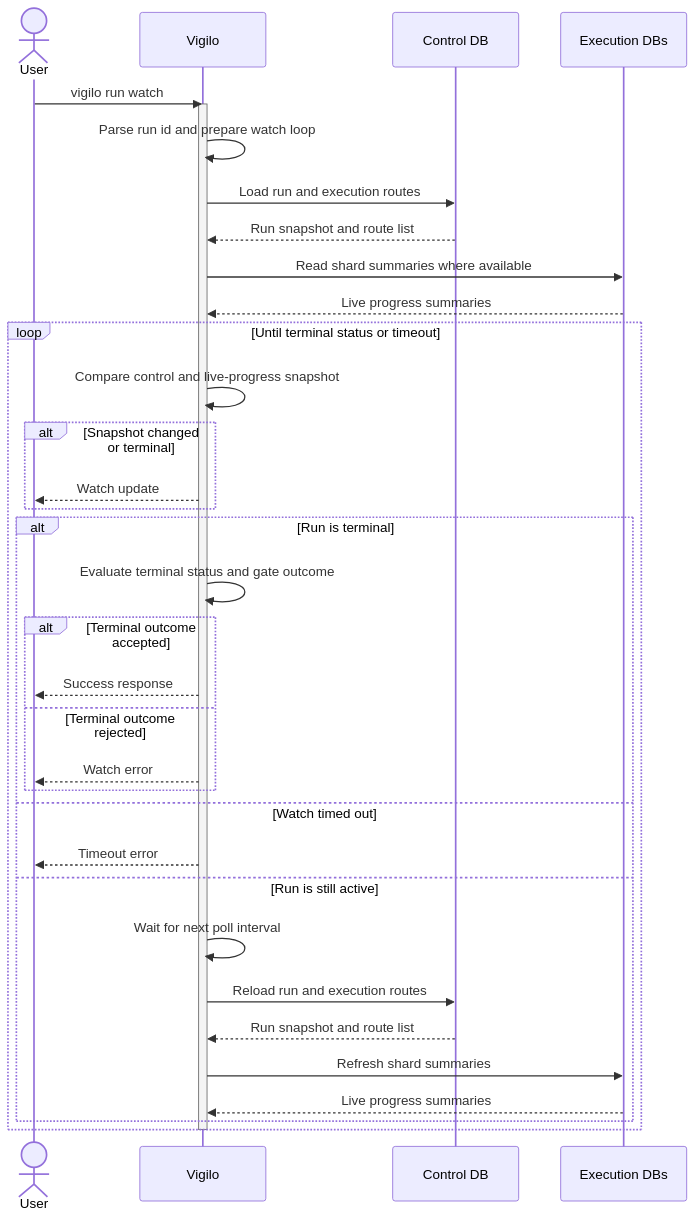
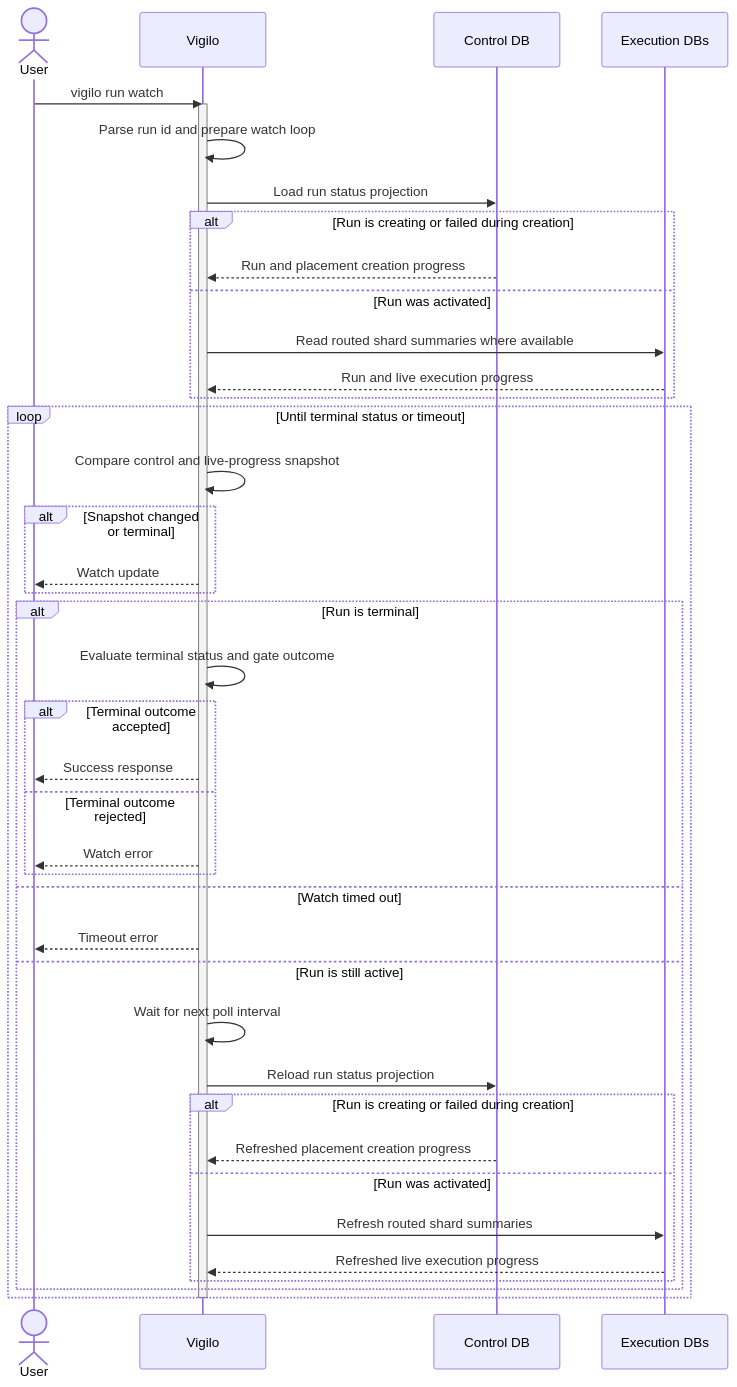
Before and after one commit to gregl83/agent-vigilo: the diagram in web/docs/architecture/flows/run/watch/execution-flow.mmd, drawn with Mermaid. The commit also changed 25 other files, not shown here.

Commit message:
update docs workflows for run creation step

```diff
--- a/web/docs/architecture/flows/run/watch/execution-flow.mmd
+++ b/web/docs/architecture/flows/run/watch/execution-flow.mmd
@@ -1,46 +1,52 @@
 ---
 config:
   flowchart:
     nodeSpacing: 150
     rankSpacing: 80
   themeVariables:
     edgeLabelBackground: 'transparent'
 ---
 sequenceDiagram
     actor User
     participant Vigilo
     participant ControlDB as Control DB
     participant ExecDB as Execution DBs
 
     User->>Vigilo: vigilo run watch
     activate Vigilo
     Vigilo->>Vigilo: Parse run id and prepare watch loop
-    Vigilo->>ControlDB: Load run and execution routes
-    ControlDB-->>Vigilo: Run snapshot and route list
-    Vigilo->>ExecDB: Read shard summaries where available
-    ExecDB-->>Vigilo: Live progress summaries
+    Vigilo->>ControlDB: Load run status projection
+    alt Run is creating or failed during creation
+        ControlDB-->>Vigilo: Run and placement creation progress
+    else Run was activated
+        Vigilo->>ExecDB: Read routed shard summaries where available
+        ExecDB-->>Vigilo: Run and live execution progress
+    end
 
     loop Until terminal status or timeout
         Vigilo->>Vigilo: Compare control and live-progress snapshot
         alt Snapshot changed or terminal
             Vigilo-->>User: Watch update
         end
 
         alt Run is terminal
             Vigilo->>Vigilo: Evaluate terminal status and gate outcome
             alt Terminal outcome accepted
                 Vigilo-->>User: Success response
             else Terminal outcome rejected
                 Vigilo-->>User: Watch error
             end
         else Watch timed out
             Vigilo-->>User: Timeout error
         else Run is still active
             Vigilo->>Vigilo: Wait for next poll interval
-            Vigilo->>ControlDB: Reload run and execution routes
-            ControlDB-->>Vigilo: Run snapshot and route list
-            Vigilo->>ExecDB: Refresh shard summaries
-            ExecDB-->>Vigilo: Live progress summaries
+            Vigilo->>ControlDB: Reload run status projection
+            alt Run is creating or failed during creation
+                ControlDB-->>Vigilo: Refreshed placement creation progress
+            else Run was activated
+                Vigilo->>ExecDB: Refresh routed shard summaries
+                ExecDB-->>Vigilo: Refreshed live execution progress
+            end
         end
     end
     deactivate Vigilo
```
